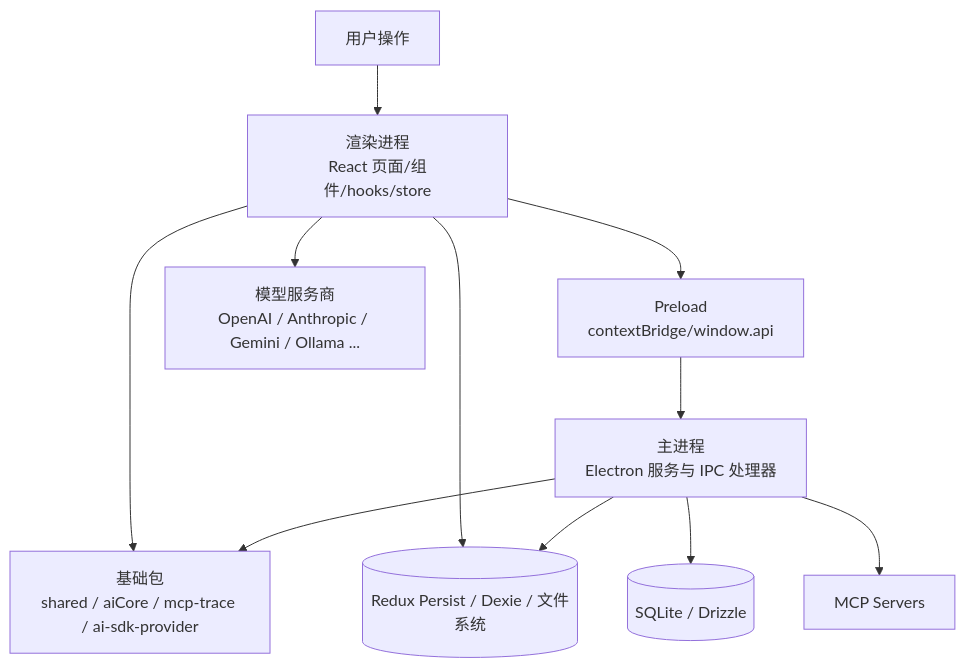
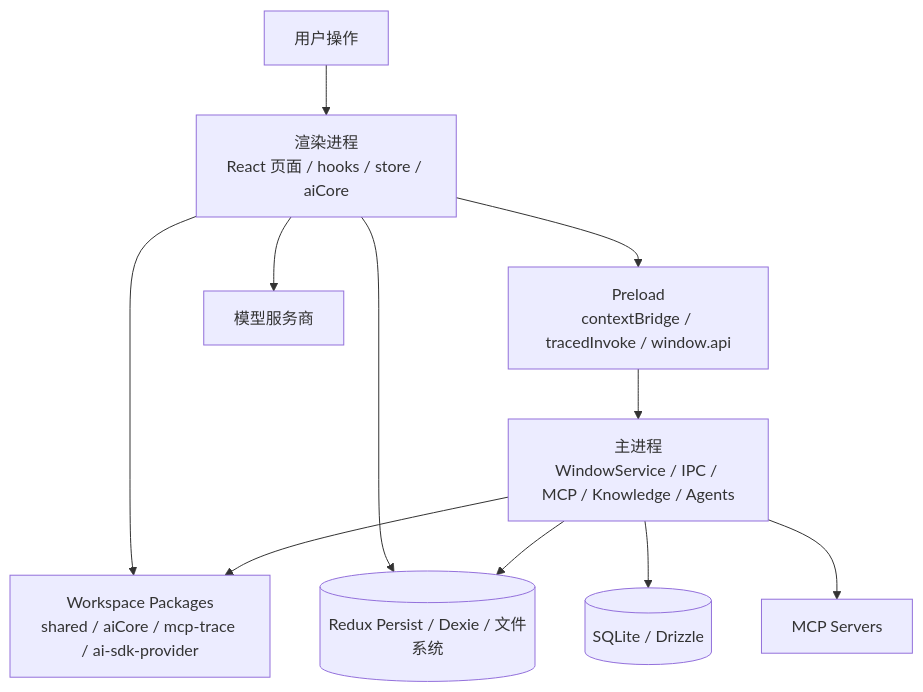
Before and after one commit to Little-LittleProgrammer/cherry-studio: the diagram in docs/zh/architecture/README.md, drawn with Mermaid. The commit also changed other lines of this file and 16 other files, not shown here.

First line of the commit message:
Update .gitignore and enhance architecture documentation

````diff
--- a/docs/zh/architecture/README.md
+++ b/docs/zh/architecture/README.md
@@ -33,23 +33,22 @@
 ```mermaid
 flowchart TB
   User[用户操作]
-  Renderer[渲染进程\nReact 页面/组件/hooks/store]
-  Preload[Preload\ncontextBridge/window.api]
-  Main[主进程\nElectron 服务与 IPC 处理器]
-  Pkgs[基础包\nshared / aiCore / mcp-trace / ai-sdk-provider]
+  Renderer[渲染进程\nReact 页面 / hooks / store / aiCore]
+  Preload[Preload\ncontextBridge / tracedInvoke / window.api]
+  Main[主进程\nWindowService / IPC / MCP / Knowledge / Agents]
+  Pkgs[Workspace Packages\nshared / aiCore / mcp-trace / ai-sdk-provider]
   Local[(Redux Persist / Dexie / 文件系统)]
   AgentDb[(SQLite / Drizzle)]
-  Models[模型服务商\nOpenAI / Anthropic / Gemini / Ollama ...]
+  Providers[模型服务商]
   MCP[MCP Servers]
 
   User --> Renderer
-  Renderer --> Preload
-  Preload --> Main
+  Renderer --> Preload --> Main
   Renderer --> Pkgs
   Main --> Pkgs
   Renderer --> Local
   Main --> Local
   Main --> AgentDb
-  Renderer --> Models
+  Renderer --> Providers
   Main --> MCP
 ```
````
